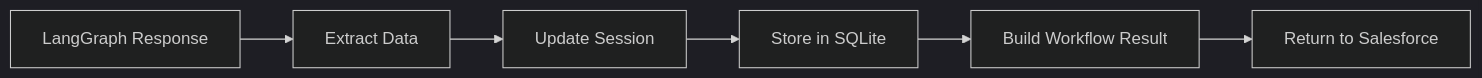
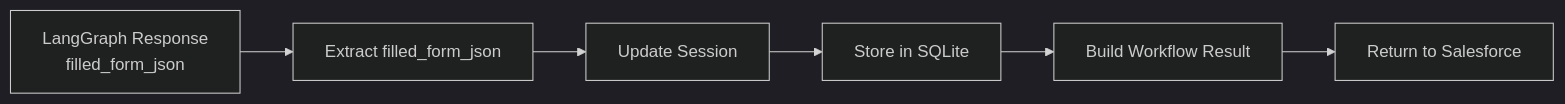
Before and after one commit to Yasser1AITLAZIZ/sfd-clm: the ninth of 14 diagrams in docs/PIPELINE_FLOW.md, drawn with Mermaid (dark theme). The commit also changed other lines of this file and 40 other files, not shown here.

Commit message:
new architecture setup

````diff
--- a/docs/PIPELINE_FLOW.md
+++ b/docs/PIPELINE_FLOW.md
@@ -228,8 +391,8 @@
 ```mermaid
 flowchart LR
-    A[LangGraph Response] --> B[Extract Data]
+    A[LangGraph Response<br/>filled_form_json] --> B[Extract filled_form_json]
     B --> C[Update Session]
     C --> D[Store in SQLite]
     D --> E[Build Workflow Result]
     E --> F[Return to Salesforce]
 ```
````
